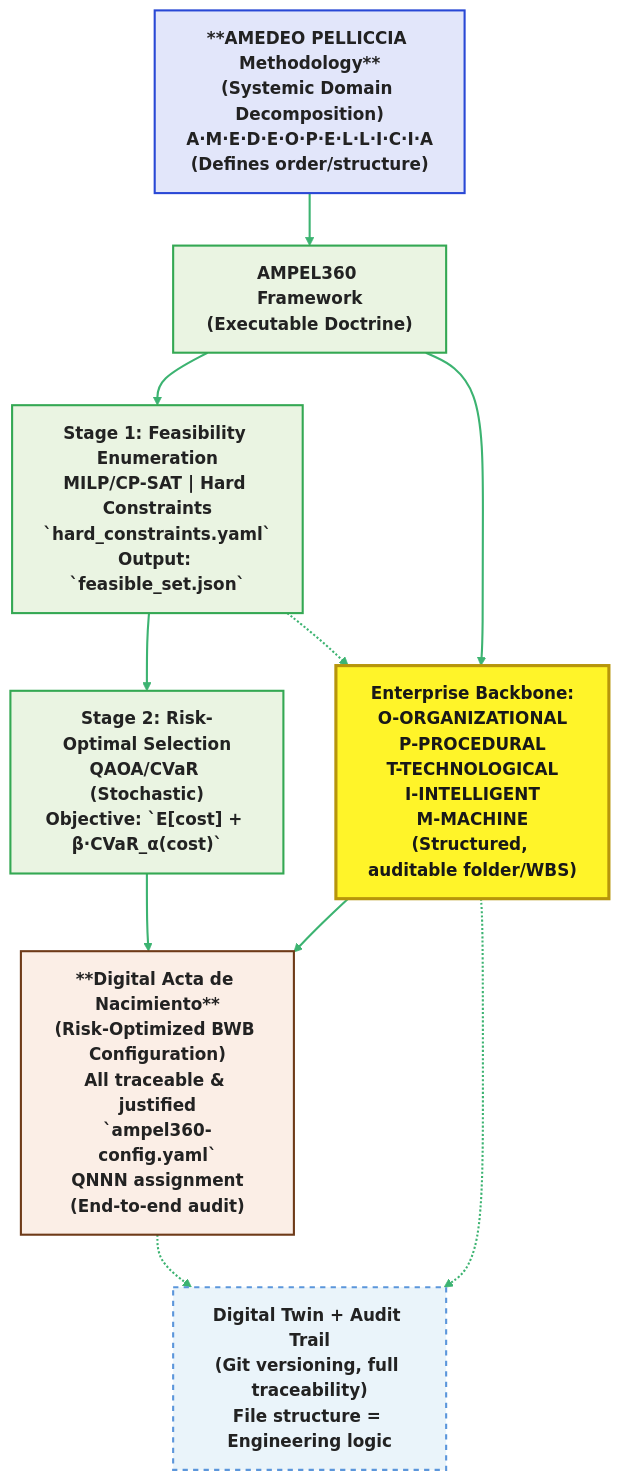
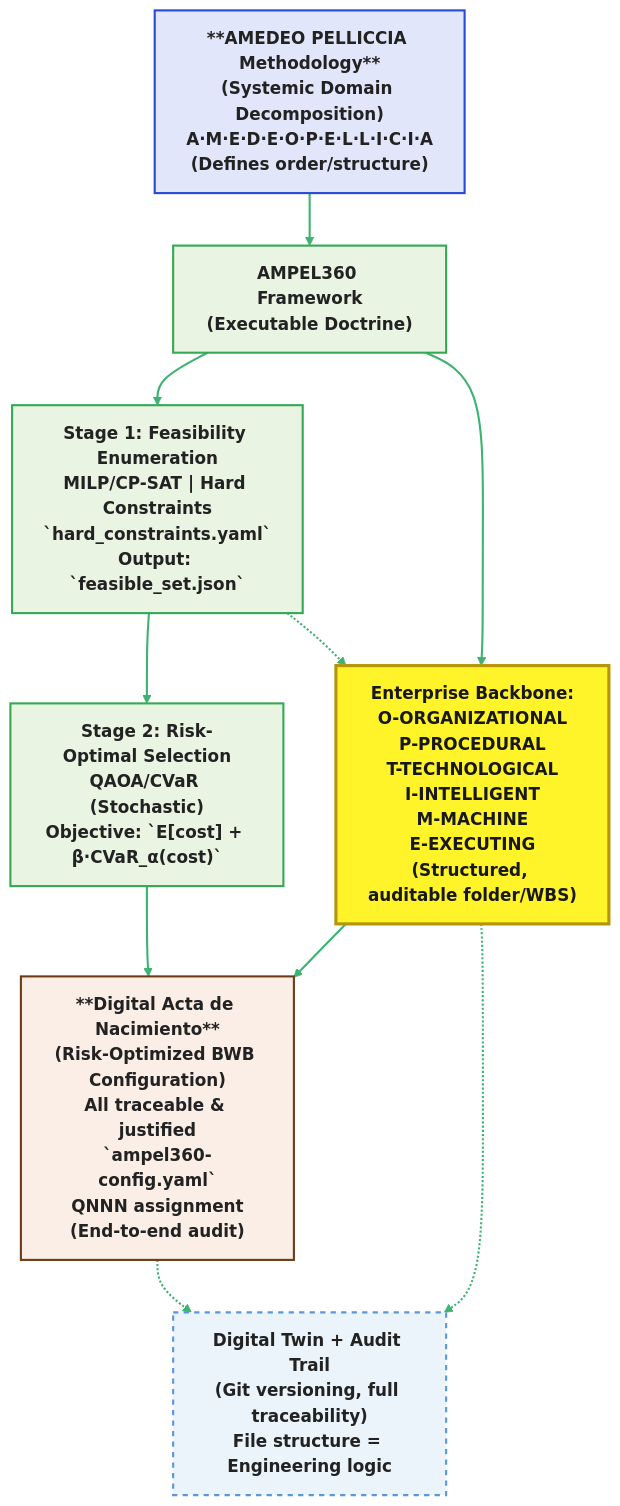
Before and after one commit to Robbbo-T/AMPEL360-BWB-Q: the first of 2 diagrams in README.md, drawn with Mermaid (forest theme). The commit also changed other lines of this file and 13 other files, not shown here.

````diff
--- a/README.md
+++ b/README.md
@@ -26,43 +26,43 @@
 ```mermaid
 flowchart TB
     %% Main box nodes
     AMEDEO["**AMEDEO PELLICCIA Methodology**\n(Systemic Domain Decomposition)\nA·M·E·D·E·O·P·E·L·L·I·C·I·A\n(Defines order/structure)"]
     PIPELINE["AMPEL360 Framework\n(Executable Doctrine)"]
     FEA["Stage 1: Feasibility Enumeration\nMILP/CP-SAT | Hard Constraints\n`hard_constraints.yaml`\nOutput: `feasible_set.json`"]
     OPT["Stage 2: Risk-Optimal Selection\nQAOA/CVaR (Stochastic)\nObjective: `E[cost] + β·CVaR_α(cost)`"]
-    ENTERPRISE["Enterprise Backbone:\nO-ORGANIZATIONAL\nP-PROCEDURAL\nT-TECHNOLOGICAL\nI-INTELLIGENT\nM-MACHINE\n(Structured, auditable folder/WBS)"]
+    ENTERPRISE["Enterprise Backbone:\nO-ORGANIZATIONAL\nP-PROCEDURAL\nT-TECHNOLOGICAL\nI-INTELLIGENT\nM-MACHINE\nE-EXECUTING\n(Structured, auditable folder/WBS)"]
     ACTA["**Digital Acta de Nacimiento**\n(Risk-Optimized BWB Configuration)\nAll traceable & justified\n`ampel360-config.yaml`\nQNNN assignment\n(End-to-end audit)"]
     TWIN["Digital Twin + Audit Trail\n(Git versioning, full traceability)\nFile structure = Engineering logic"]
 
     %% Flow/logic
     AMEDEO --> PIPELINE
     PIPELINE --> FEA
     FEA --> OPT
     PIPELINE --> ENTERPRISE
     ENTERPRISE --> ACTA
     OPT --> ACTA
     ACTA -.-> TWIN
     ENTERPRISE -.-> TWIN
     FEA -.-> ENTERPRISE
 
     %% Class styling (fills & DARK FONTS!)
     classDef doctrine fill:#e2e6fa,stroke:#2948d5,stroke-width:2px,color:#222,font-weight:bold;
     classDef pipeline fill:#eaf4e2,stroke:#34a853,stroke-width:2px,color:#222,font-weight:bold;
     classDef backbone fill:#fff429,stroke:#b7950b,stroke-width:3px,color:#181818,font-weight:bold;
     classDef outcome fill:#fbeee6,stroke:#6e3a18,stroke-width:2px,color:#222,font-weight:bold;
     classDef twin fill:#eaf4fa,stroke:#5b96db,stroke-width:2px,stroke-dasharray: 5 5,color:#222,font-weight:bold;
 
     class AMEDEO doctrine;
     class PIPELINE pipeline;
     class FEA pipeline;
     class OPT pipeline;
     class ENTERPRISE backbone;
     class ACTA outcome;
     class TWIN twin;
 
     %% All edges/links in TECHNOLOGICAL GREEN
     linkStyle default stroke:#3cb371,stroke-width:2px;
 
     %% Clickable Acta
     click ACTA "https://ampel360.com/docs/acta-nacimiento" "View Digital Acta"
 ```
````
